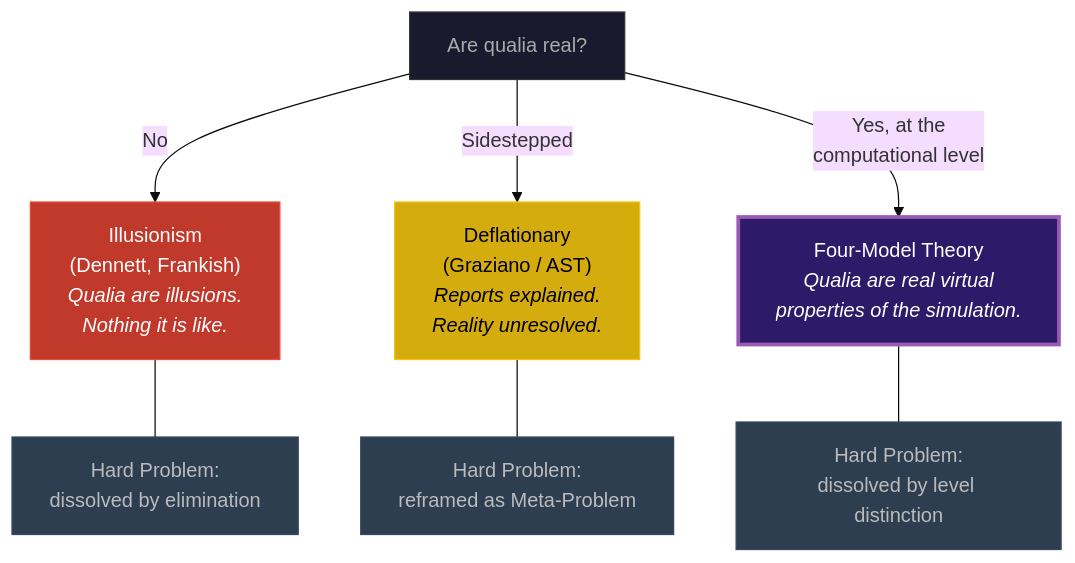
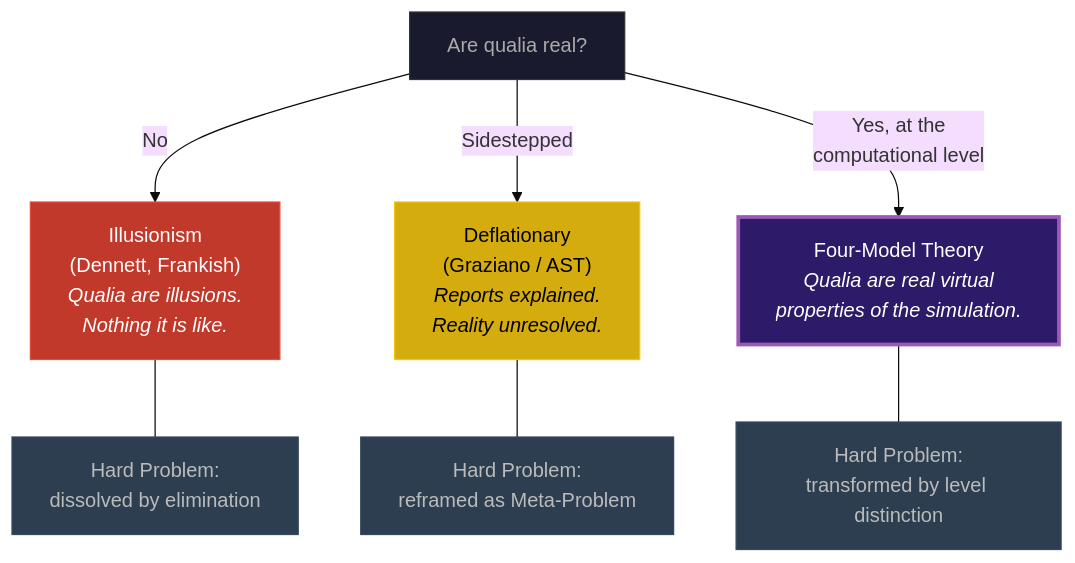
One commit to JeltzProstetnic/aIware changed the diagram in wiki/philosophical/not-illusionism.md. Above: the diagram before and after it, drawn with Mermaid (base theme). The commit also changed 26 other files, not shown here.

````diff
--- a/wiki/philosophical/not-illusionism.md
+++ b/wiki/philosophical/not-illusionism.md
@@ -45,20 +45,20 @@
 ```mermaid
 graph TB
     Q["Are qualia real?"]
 
     Q -->|"No"| ILL["Illusionism<br/>(Dennett, Frankish)<br/><i>Qualia are illusions.<br/>Nothing it is like.</i>"]
     Q -->|"Sidestepped"| DEF["Deflationary<br/>(Graziano / AST)<br/><i>Reports explained.<br/>Reality unresolved.</i>"]
     Q -->|"Yes, at the<br/>computational level"| FMT["Four-Model Theory<br/><i>Qualia are real virtual<br/>properties of the simulation.</i>"]
 
     ILL --- R1["Hard Problem:<br/>dissolved by elimination"]
     DEF --- R2["Hard Problem:<br/>reframed as Meta-Problem"]
-    FMT --- R3["Hard Problem:<br/>dissolved by level distinction"]
+    FMT --- R3["Hard Problem:<br/>transformed by level distinction"]
 
     style Q fill:#1a1a2e,stroke:#333,color:#aaa
     style ILL fill:#c0392b,stroke:#e74c3c,color:#fff
     style DEF fill:#d4ac0d,stroke:#f1c40f,color:#000
     style FMT fill:#2d1b69,stroke:#9b59b6,color:#fff,stroke-width:3px
     style R1 fill:#2c3e50,stroke:#34495e,color:#bbb
     style R2 fill:#2c3e50,stroke:#34495e,color:#bbb
     style R3 fill:#2c3e50,stroke:#34495e,color:#bbb
 ```
````
